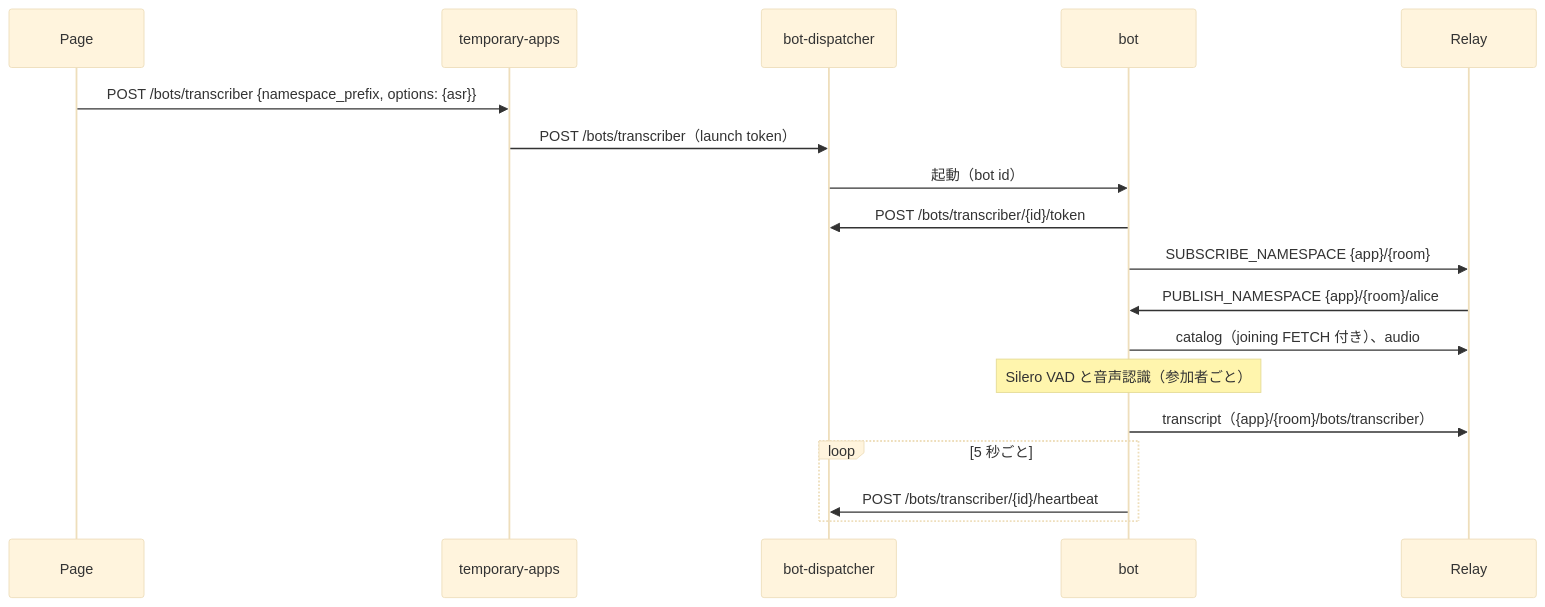
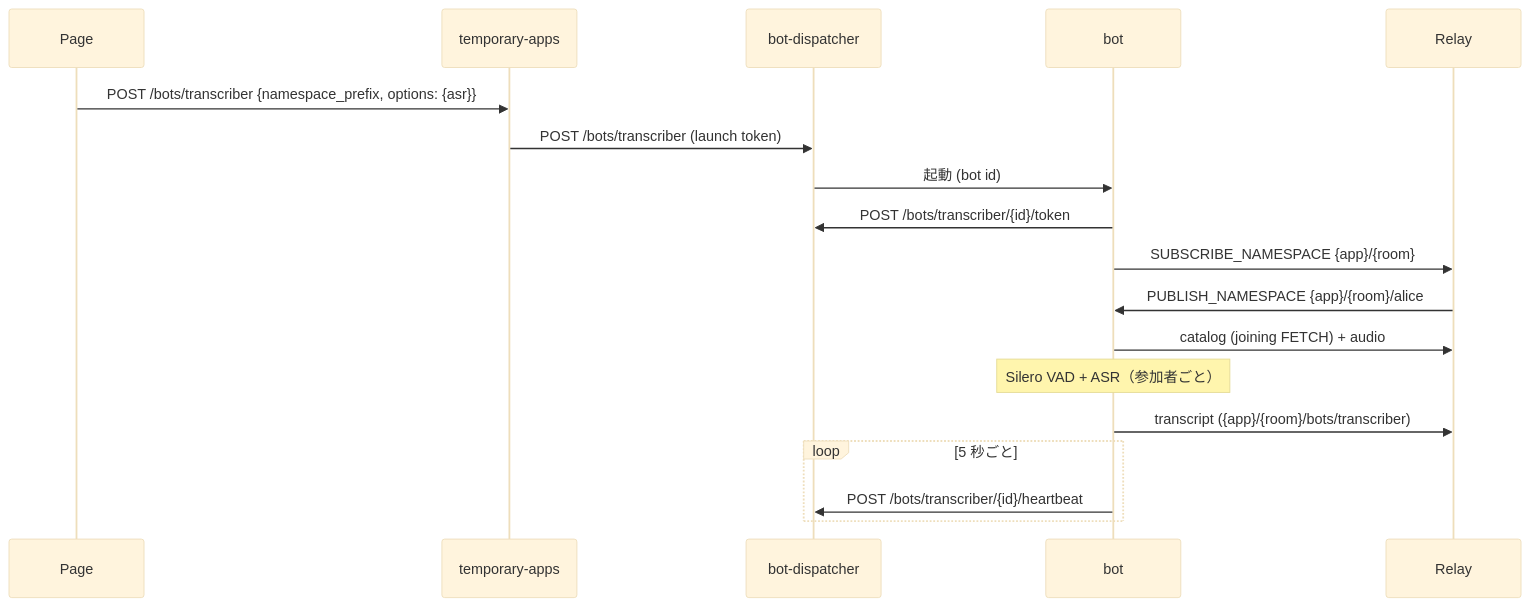
One commit to nttcom/moq-wasm changed the diagram in examples/python/moq-meeting-transcriber/README.md. Above: the diagram before and after it, drawn with Mermaid (base theme). The commit also changed other lines of this file and 57 other files, not shown here.

````diff
--- a/examples/python/moq-meeting-transcriber/README.md
+++ b/examples/python/moq-meeting-transcriber/README.md
@@ -17,20 +15,20 @@
 ```mermaid
 sequenceDiagram
     participant P as Page
     participant T as temporary-apps
     participant S as bot-dispatcher
     participant B as bot
     participant R as Relay
     P->>T: POST /bots/transcriber {namespace_prefix, options: {asr}}
-    T->>S: POST /bots/transcriber（launch token）
-    S->>B: 起動（bot id）
+    T->>S: POST /bots/transcriber (launch token)
+    S->>B: 起動 (bot id)
     B->>S: POST /bots/transcriber/{id}/token
     B->>R: SUBSCRIBE_NAMESPACE {app}/{room}
     R->>B: PUBLISH_NAMESPACE {app}/{room}/alice
-    B->>R: catalog（joining FETCH 付き）、audio
-    Note over B: Silero VAD と音声認識（参加者ごと）
-    B->>R: transcript（{app}/{room}/bots/transcriber）
+    B->>R: catalog (joining FETCH) + audio
+    Note over B: Silero VAD + ASR（参加者ごと）
+    B->>R: transcript ({app}/{room}/bots/transcriber)
     loop 5 秒ごと
         B->>S: POST /bots/transcriber/{id}/heartbeat
     end
 ```
````
